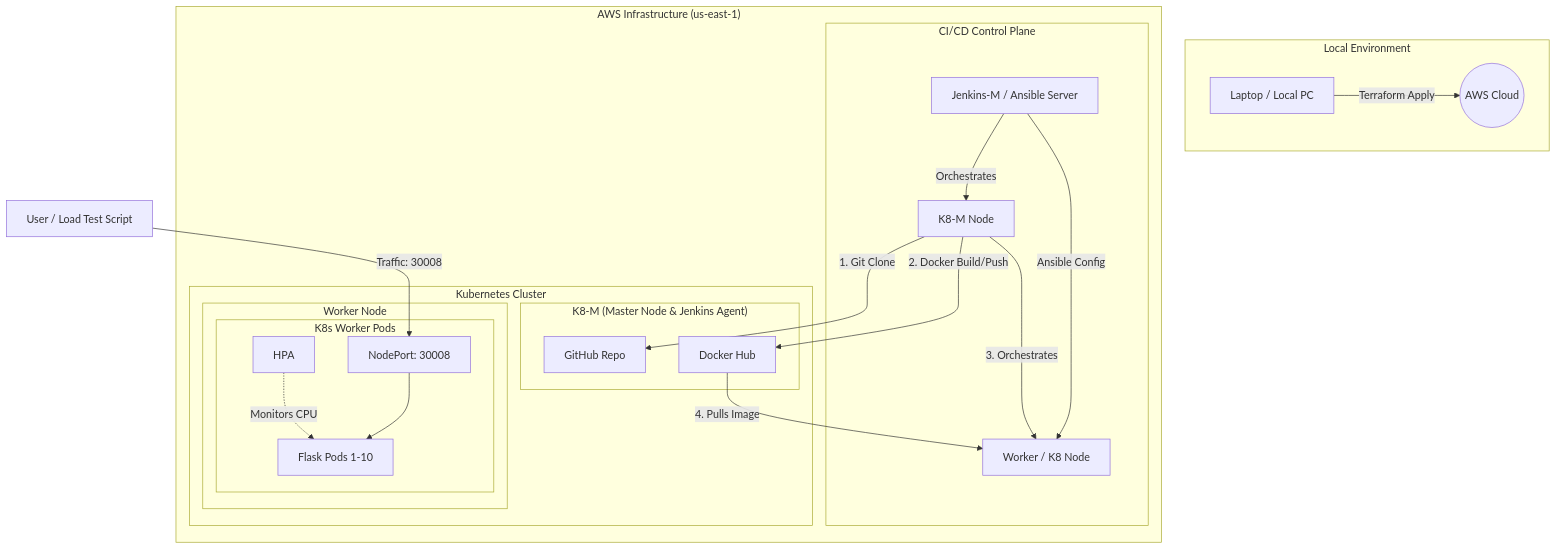
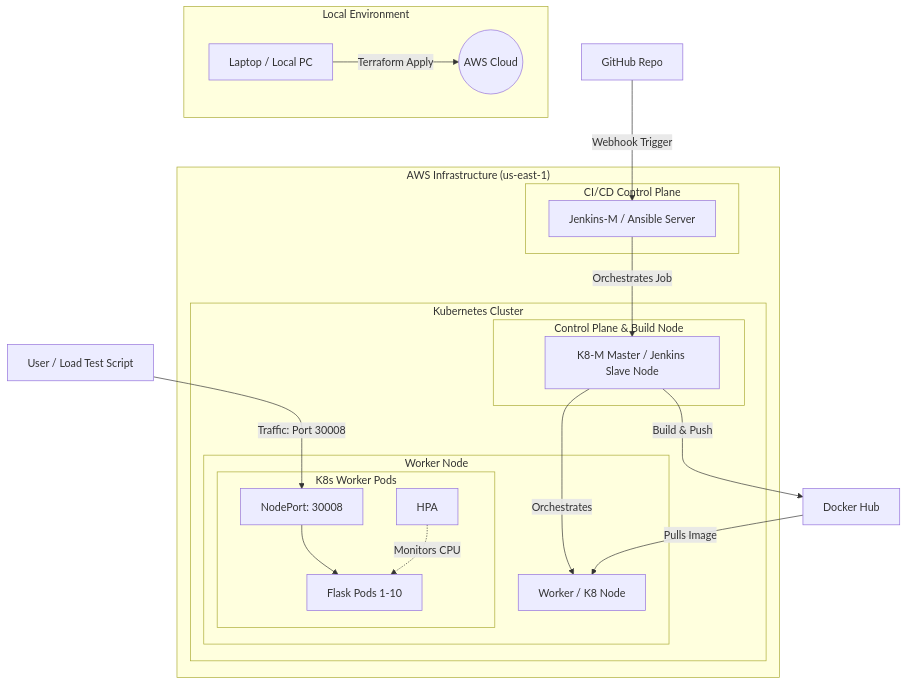
The diagram in README.md (mpawar006/aws-cloud-scaling-infra), drawn with Mermaid before and after one commit.

````diff
--- a/README.md
+++ b/README.md
@@ -11,31 +11,33 @@
 ```mermaid
 graph TD
     subgraph "Local Environment"
         PC[Laptop / Local PC] -->|Terraform Apply| AWS((AWS Cloud))
     end
 
     subgraph "AWS Infrastructure (us-east-1)"
         subgraph "CI/CD Control Plane"
-            JM[Jenkins-M / Ansible Server] -->|Orchestrates| K8M
-            JM -->|Ansible Config| WK[Worker / K8 Node]
+            JM[Jenkins-M / Ansible Server]
         end
 
         subgraph "Kubernetes Cluster"
-            subgraph "K8-M (Master Node & Jenkins Agent)"
-                K8M[K8-M Node] -->|1. Git Clone| Git[GitHub Repo]
-                K8M -->|2. Docker Build/Push| DH[Docker Hub]
-                K8M -->|3. Orchestrates| WK
+            subgraph "Control Plane & Build Node"
+                K8M[K8-M Master / Jenkins Slave Node]
             end
-            
+
             subgraph "Worker Node"
-                DH -->|4. Pulls Image| WK
+                WK[Worker / K8 Node]
                 subgraph "K8s Worker Pods"
                     NP[NodePort: 30008] --> Pods[Flask Pods 1-10]
                     HPA[HPA] -.->|Monitors CPU| Pods
                 end
             end
         end
     end
 
-    User[User / Load Test Script] -->|Traffic: 30008| NP
+    GH[GitHub Repo] -->|Webhook Trigger| JM
+    JM -->|Orchestrates Job| K8M
+    K8M -->|Build & Push| DH[Docker Hub]
+    K8M -->|Orchestrates| WK
+    DH -->|Pulls Image| WK
+    User[User / Load Test Script] -->|Traffic: Port 30008| NP
 ```
````
